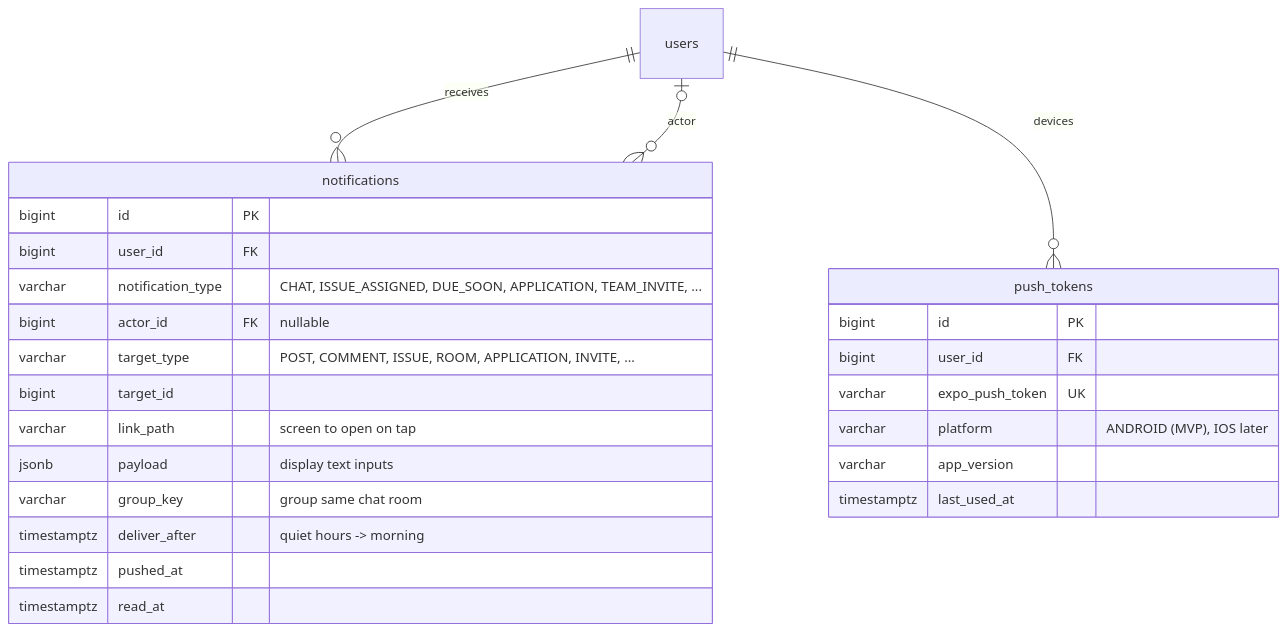
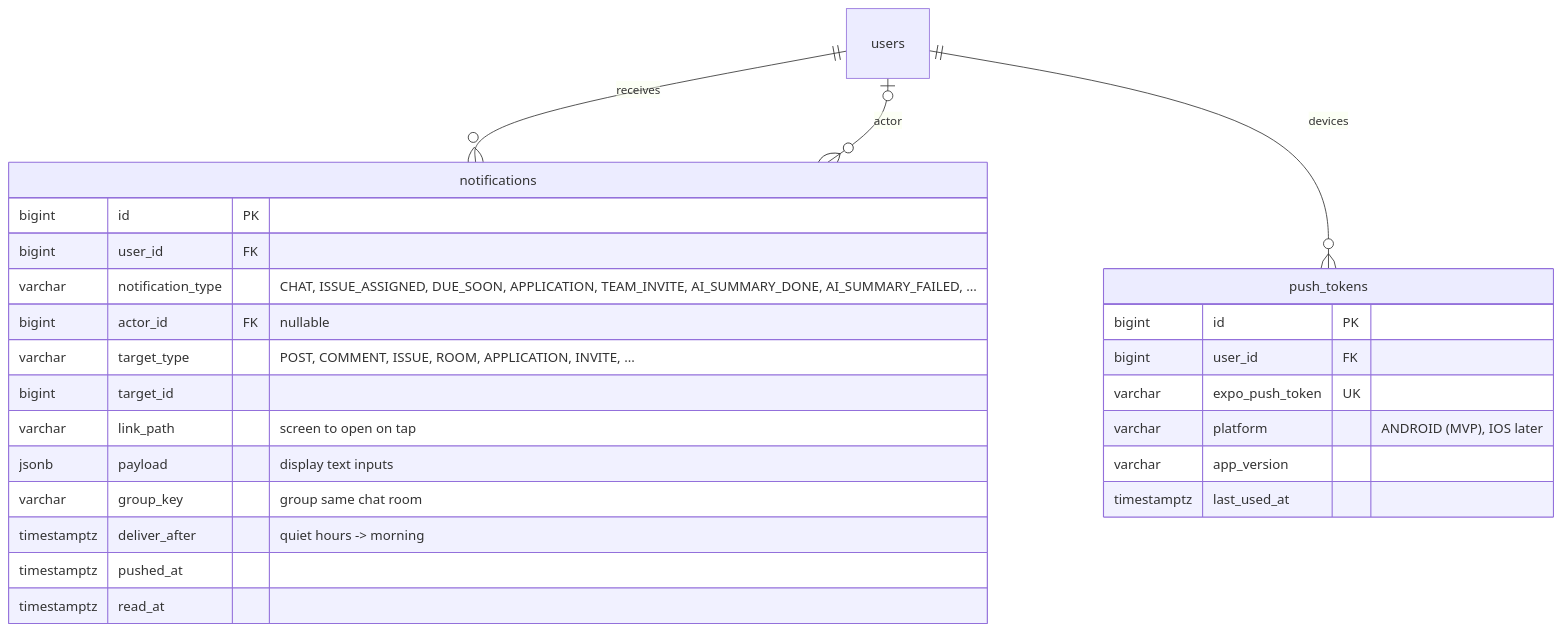
One commit to likelion-backendschool-9th/Linker changed the eighth of 11 diagrams in docs/development/01-erd.md. Above: the diagram before and after it, drawn with Mermaid. The commit also changed other lines of this file and 55 other files, not shown here.

````diff
--- a/docs/development/01-erd.md
+++ b/docs/development/01-erd.md
@@ -751,29 +751,29 @@
 ```mermaid
 erDiagram
   users ||--o{ notifications : "receives"
   users |o--o{ notifications : "actor"
   users ||--o{ push_tokens : "devices"
 
   notifications {
     bigint id PK
     bigint user_id FK
-    varchar notification_type "CHAT, ISSUE_ASSIGNED, DUE_SOON, APPLICATION, TEAM_INVITE, ..."
+    varchar notification_type "CHAT, ISSUE_ASSIGNED, DUE_SOON, APPLICATION, TEAM_INVITE, AI_SUMMARY_DONE, AI_SUMMARY_FAILED, ..."
     bigint actor_id FK "nullable"
     varchar target_type "POST, COMMENT, ISSUE, ROOM, APPLICATION, INVITE, ..."
     bigint target_id
     varchar link_path "screen to open on tap"
     jsonb payload "display text inputs"
     varchar group_key "group same chat room"
     timestamptz deliver_after "quiet hours -> morning"
     timestamptz pushed_at
     timestamptz read_at
   }
   push_tokens {
     bigint id PK
     bigint user_id FK
     varchar expo_push_token UK
     varchar platform "ANDROID (MVP), IOS later"
     varchar app_version
     timestamptz last_used_at
   }
 ```
````
